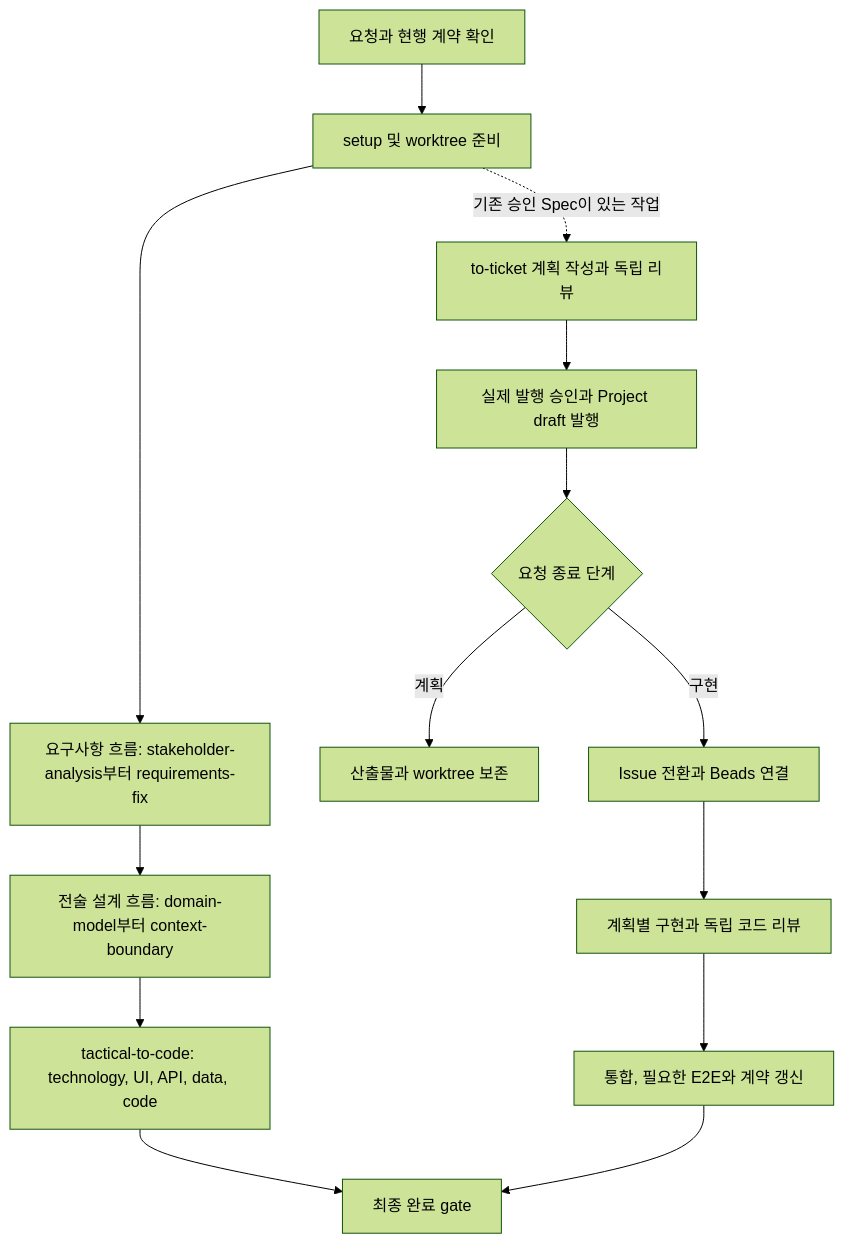
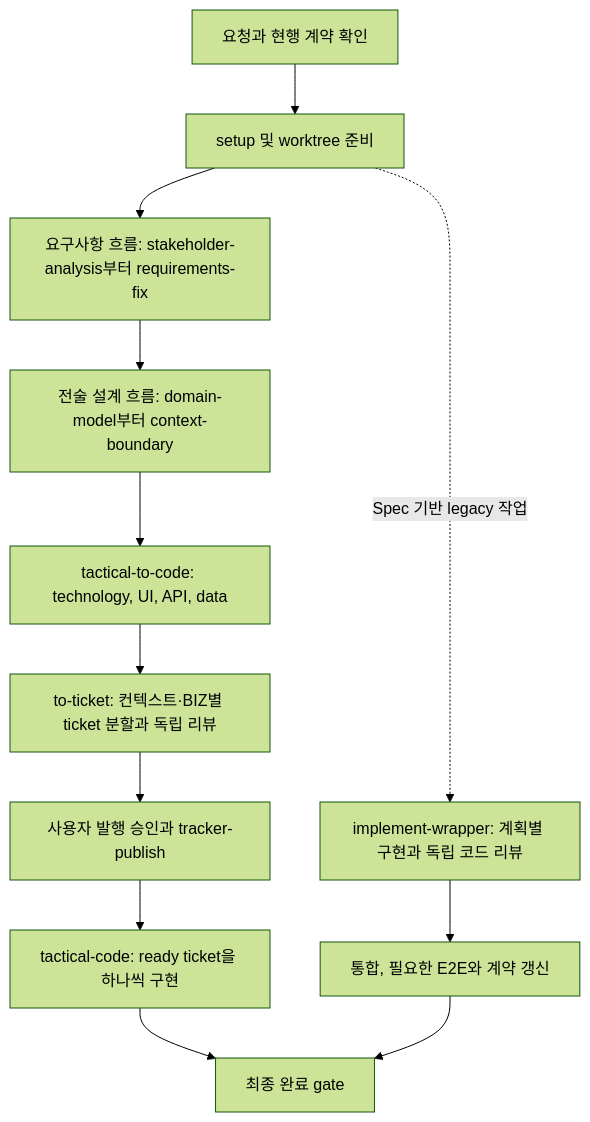
The diagram in docs/architecture/workflow-lifecycle.md (omegafrog/harness-codex), drawn with Mermaid (forest theme) before and after one commit. The commit also changed other lines of this file and 52 other files, not shown here.

````diff
--- a/docs/architecture/workflow-lifecycle.md
+++ b/docs/architecture/workflow-lifecycle.md
@@ -5,16 +5,14 @@
 ```mermaid
 flowchart TD
   A[요청과 현행 계약 확인] --> B[setup 및 worktree 준비]
   B --> C[요구사항 흐름: stakeholder-analysis부터 requirements-fix]
   C --> D[전술 설계 흐름: domain-model부터 context-boundary]
-  D --> E[tactical-to-code: technology, UI, API, data, code]
-  E --> M[최종 완료 gate]
-  B -. 기존 승인 Spec이 있는 작업 .-> F[to-ticket 계획 작성과 독립 리뷰]
-  F --> G[실제 발행 승인과 Project draft 발행]
-  G --> H{요청 종료 단계}
-  H -->|계획| I[산출물과 worktree 보존]
-  H -->|구현| J[Issue 전환과 Beads 연결]
-  J --> K[계획별 구현과 독립 코드 리뷰]
+  D --> E1[tactical-to-code: technology, UI, API, data]
+  E1 --> F[to-ticket: 컨텍스트·BIZ별 ticket 분할과 독립 리뷰]
+  F --> G[사용자 발행 승인과 tracker-publish]
+  G --> H[tactical-code: ready ticket을 하나씩 구현]
+  H --> M[최종 완료 gate]
+  B -. Spec 기반 legacy 작업 .-> K[implement-wrapper: 계획별 구현과 독립 코드 리뷰]
   K --> L[통합, 필요한 E2E와 계약 갱신]
   L --> M
 ```
````
